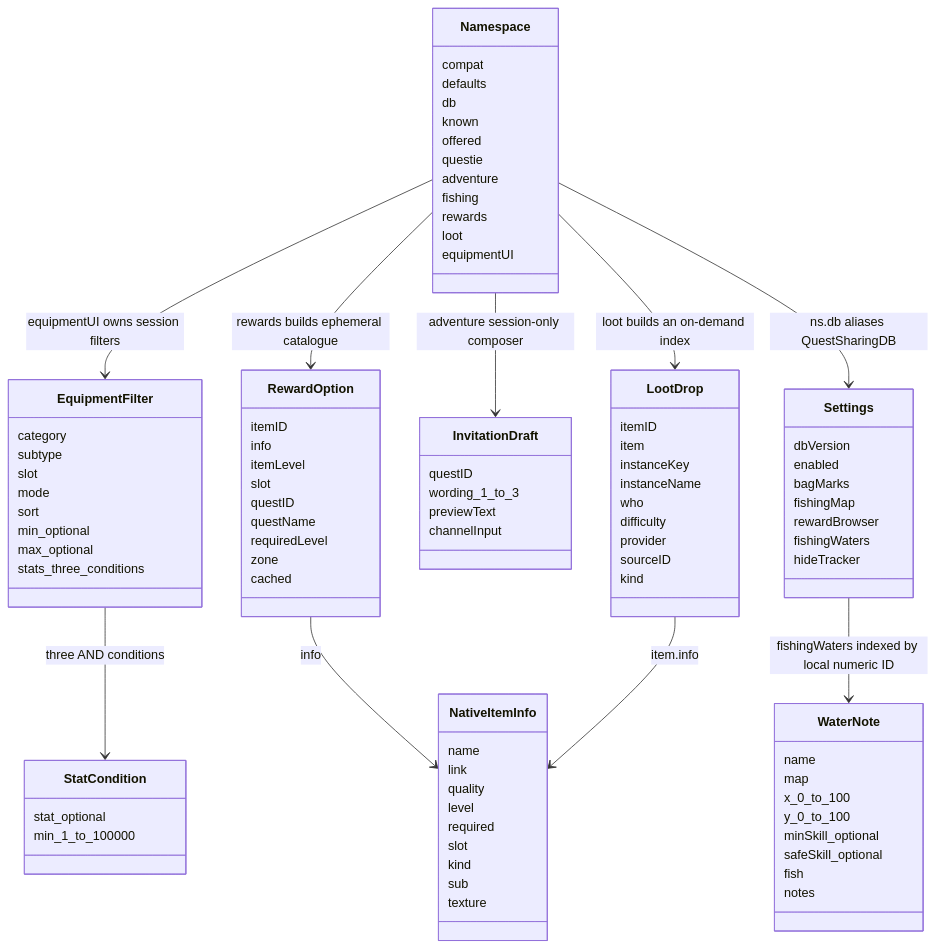
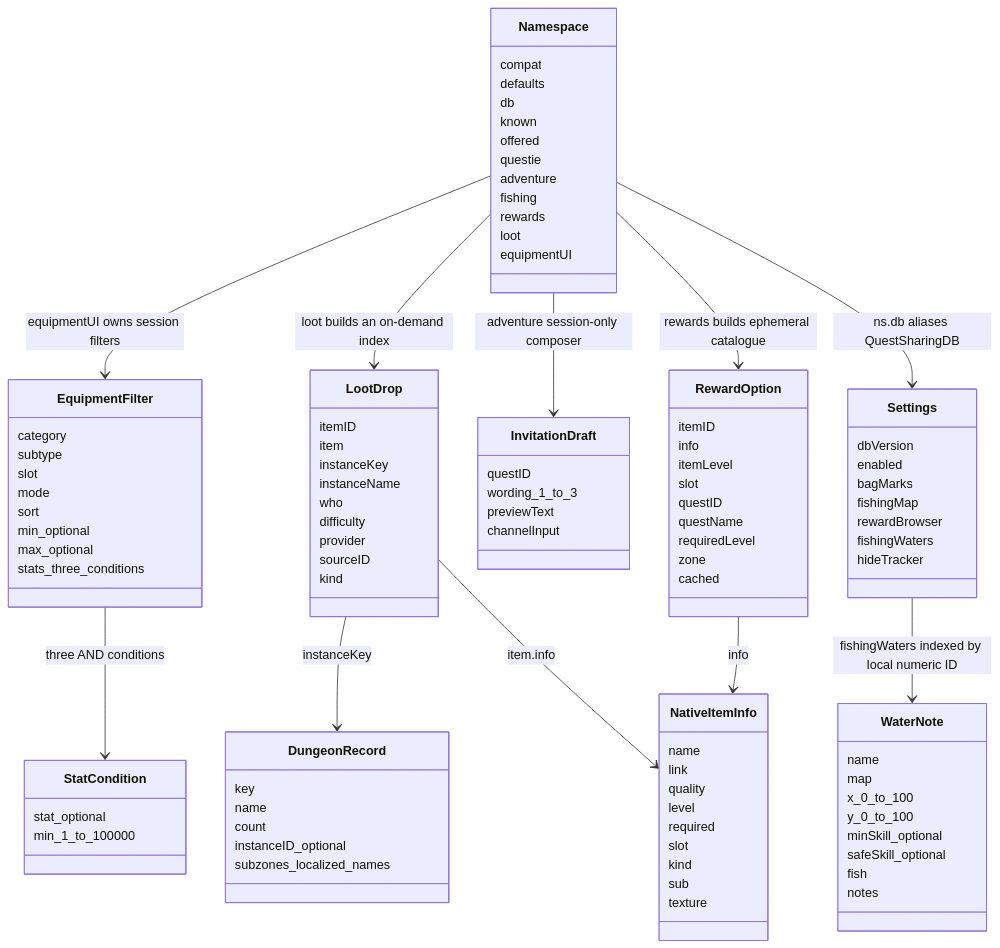
Before and after one commit to YodaGitMaster/QuestSharing: the eighth of 8 diagrams in context/architecture.md, drawn with Mermaid. The commit also changed other lines of this file and 11 other files, not shown here.

```diff
--- a/context/architecture.md
+++ b/context/architecture.md
@@ -291,6 +296,14 @@
         sourceID
         kind
     }
+    class DungeonRecord {
+        key
+        name
+        count
+        instanceID_optional
+        subzones_localized_names
+    }
+    LootDrop --> DungeonRecord : instanceKey
     class NativeItemInfo {
         name
         link
```
